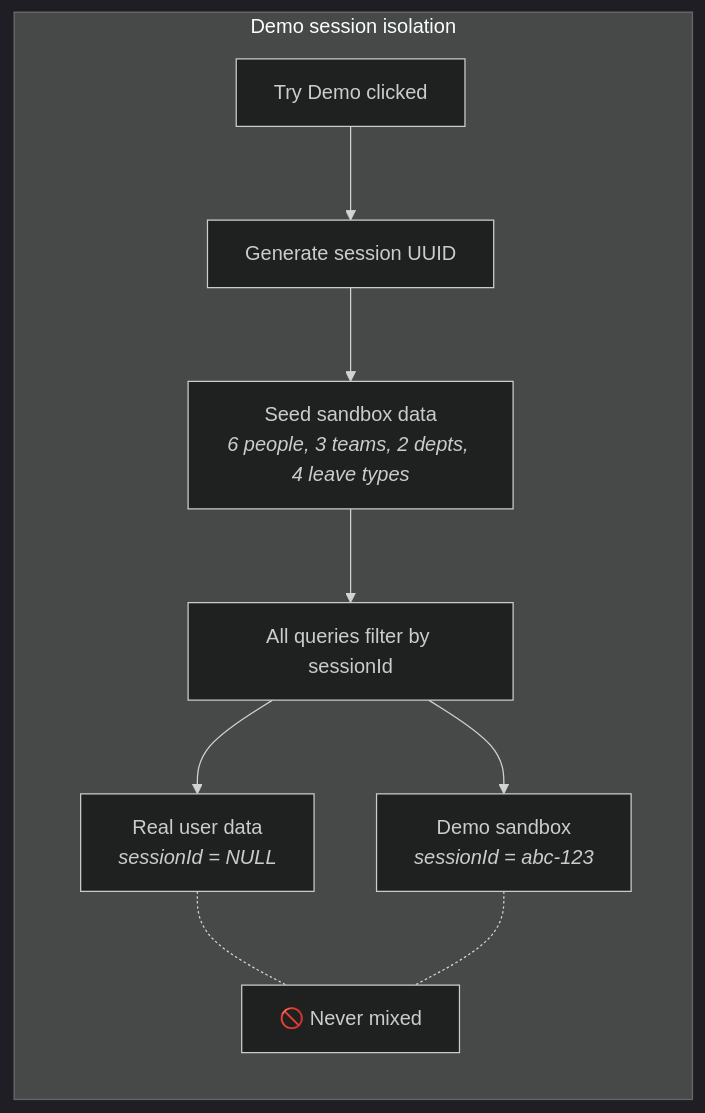
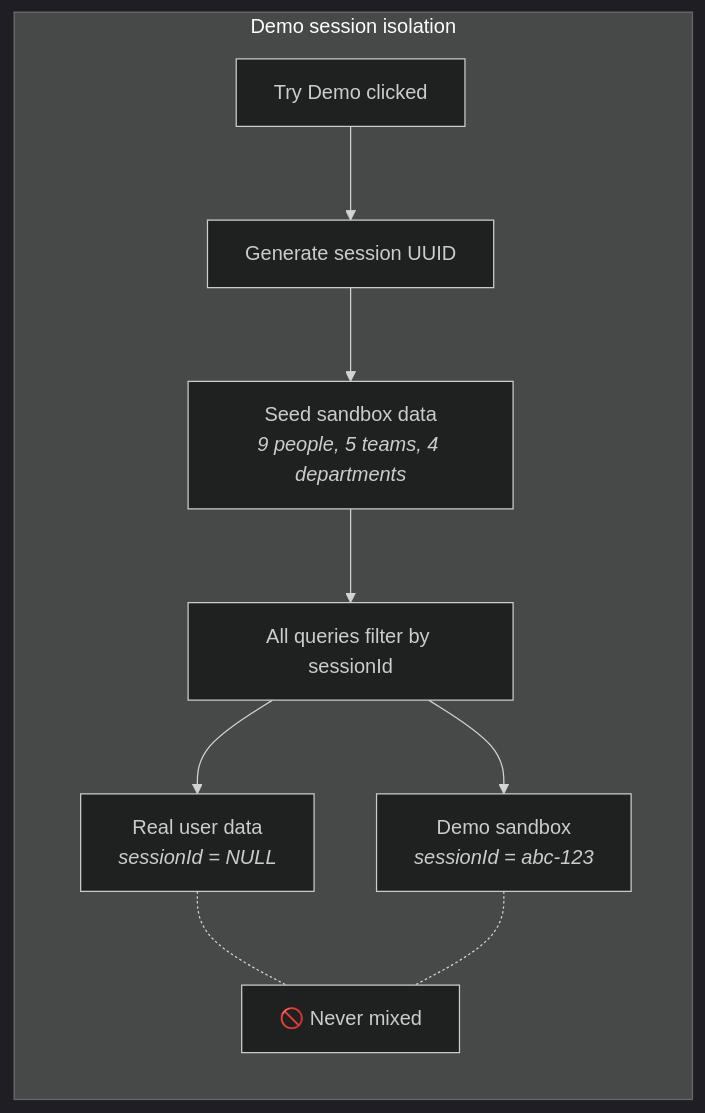
One commit to MikkoNumminen/HRManager changed the third of 4 diagrams in README.md. Above: the diagram before and after it, drawn with Mermaid (dark theme). The commit also changed other lines of this file, not shown here.

First line of the commit message:
docs(readme): fix MongoDB badge, demo-seed caption, axe component count (#38)

````diff
--- a/README.md
+++ b/README.md
@@ -88,12 +88,12 @@
 ```mermaid
 graph LR
     subgraph "Demo session isolation"
         Demo["Try Demo clicked"] --> UUID["Generate session UUID"]
-        UUID --> Seed["Seed sandbox data<br/><i>6 people, 3 teams, 2 depts, 4 leave types</i>"]
+        UUID --> Seed["Seed sandbox data<br/><i>9 people, 5 teams, 4 departments</i>"]
         Seed --> Filter["All queries filter by sessionId"]
         Filter --> R1["Real user data<br/><i>sessionId = NULL</i>"]
         Filter --> R2["Demo sandbox<br/><i>sessionId = abc-123</i>"]
         R1 -.- X["🚫 Never mixed"]
         R2 -.- X
     end
 ```
````
